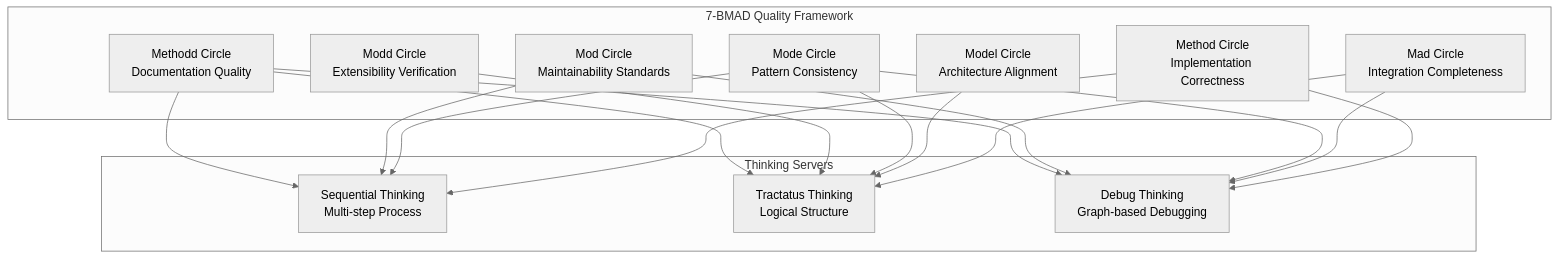
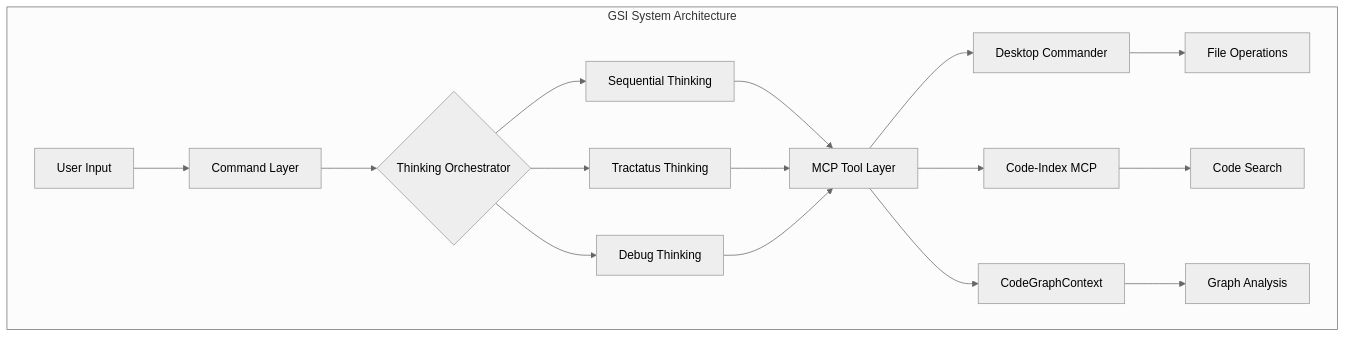
The first of 8 diagrams in README.md (Alot1z/get-shit-indexed), drawn with Mermaid (neutral theme) before and after one commit. The commit also changed other lines of this file and 2 other files, not shown here.

Commit message:
chore(1.20.0): prepare for npm publish - Update README with Mermaid diagrams and feature tables - Bump version to 1.20.0 - Add .npmrc to .gitignore (security)

````diff
--- a/README.md
+++ b/README.md
@@ -428,33 +45,22 @@
 ```mermaid
-graph TD
-    subgraph "7-BMAD Quality Framework"
-        M1[Method Circle<br/>Implementation Correctness]
-        M2[Mad Circle<br/>Integration Completeness] 
-        M3[Model Circle<br/>Architecture Alignment]
-        M4[Mode Circle<br/>Pattern Consistency]
-        M5[Mod Circle<br/>Maintainability Standards]
-        M6[Modd Circle<br/>Extensibility Verification]
-        M7[Methodd Circle<br/>Documentation Quality]
+graph TB
+    subgraph "GSI System Architecture"
+        A[User Input] --> B[Command Layer]
+        B --> C{Thinking Orchestrator}
+        C --> D[Sequential Thinking]
+        C --> E[Tractatus Thinking]
+        C --> F[Debug Thinking]
+        
+        D --> G[MCP Tool Layer]
+        E --> G
+        F --> G
+        
+        G --> H[Desktop Commander]
+        G --> I[Code-Index MCP]
+        G --> J[CodeGraphContext]
+        
+        H --> K[File Operations]
+        I --> L[Code Search]
+        J --> M[Graph Analysis]
     end
-    
-    subgraph "Thinking Servers"
-        S1[Sequential Thinking<br/>Multi-step Process]
-        T1[Tractatus Thinking<br/>Logical Structure]
-        D1[Debug Thinking<br/>Graph-based Debugging]
-    end
-    
-    M1 --> S1
-    M1 --> D1
-    M2 --> T1
-    M2 --> D1
-    M3 --> T1
-    M4 --> S1
-    M4 --> T1
-    M4 --> D1
-    M5 --> S1
-    M5 --> D1
-    M6 --> T1
-    M7 --> S1
-    M7 --> T1
-    M7 --> D1
 ```
````
